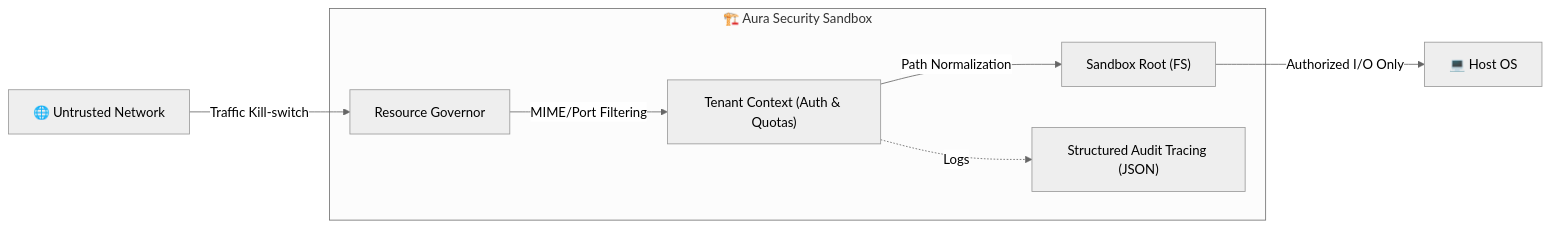
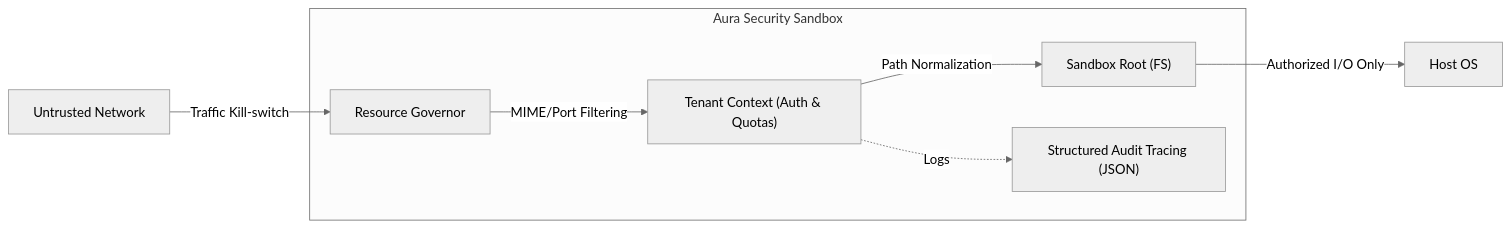
One commit to ronmkr/aura changed the sixth of 6 diagrams in aura-docs/project/ARCHITECTURE.md. Above: the diagram before and after it, drawn with Mermaid (neutral theme). The commit also changed other lines of this file and 4 other files, not shown here.

Commit message:
docs: validate and comprehensively update developer and roadmap documentation

````diff
--- a/aura-docs/project/ARCHITECTURE.md
+++ b/aura-docs/project/ARCHITECTURE.md
@@ -206,19 +206,19 @@
 ```mermaid
 flowchart LR
-    Network["🌐 Untrusted Network"]
+    Network["Untrusted Network"]
     
-    subgraph Sandbox ["🏗️ Aura Security Sandbox"]
+    subgraph Sandbox ["Aura Security Sandbox"]
         RG["Resource Governor"]
         RBAC["Tenant Context (Auth & Quotas)"]
         Root["Sandbox Root (FS)"]
         Audit["Structured Audit Tracing (JSON)"]
     end
     
-    Host["💻 Host OS"]
+    Host["Host OS"]
 
     Network -- "Traffic Kill-switch" --> RG
     RG -- "MIME/Port Filtering" --> RBAC
     RBAC -- "Path Normalization" --> Root
     Root -- "Authorized I/O Only" --> Host
     RBAC -. "Logs" .-> Audit
 ```
````
